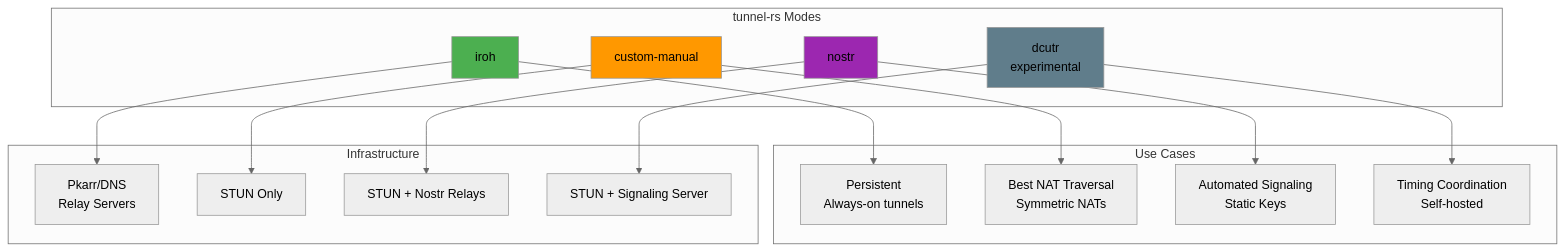
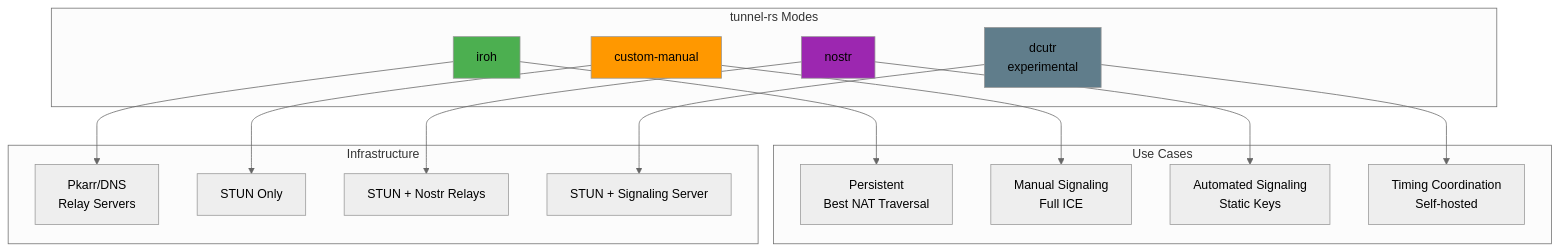
One commit to andrewtheguy/vpn-rs changed the first of 36 diagrams in docs/ARCHITECTURE.md. Above: the diagram before and after it, drawn with Mermaid (neutral theme). The commit also changed 4 other files, not shown here.

Commit message:
refactor: improve documentation clarity and consistency regarding NAT traversal and signaling modes

````diff
--- a/docs/ARCHITECTURE.md
+++ b/docs/ARCHITECTURE.md
@@ -27,38 +27,38 @@
 ```mermaid
 graph TB
     subgraph "tunnel-rs Modes"
         A[iroh]
         C[custom-manual]
         D2[nostr]
         D3[dcutr<br/>experimental]
     end
 
     subgraph "Use Cases"
-        D[Persistent<br/>Always-on tunnels]
-        F[Best NAT Traversal<br/>Symmetric NATs]
+        D[Persistent<br/>Best NAT Traversal]
+        F[Manual Signaling<br/>Full ICE]
         F2[Automated Signaling<br/>Static Keys]
         F3[Timing Coordination<br/>Self-hosted]
     end
 
     subgraph "Infrastructure"
         G[Pkarr/DNS<br/>Relay Servers]
         I[STUN Only]
         I2[STUN + Nostr Relays]
         I3[STUN + Signaling Server]
     end
 
     A --> D
     C --> F
     D2 --> F2
     D3 --> F3
 
     A --> G
     C --> I
     D2 --> I2
     D3 --> I3
 
     style A fill:#4CAF50
     style C fill:#FF9800
     style D2 fill:#9C27B0
     style D3 fill:#607D8B
 ```
````
